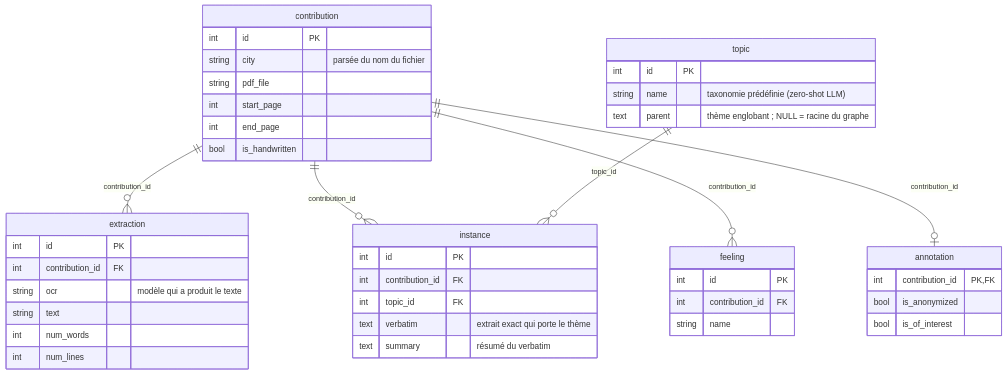
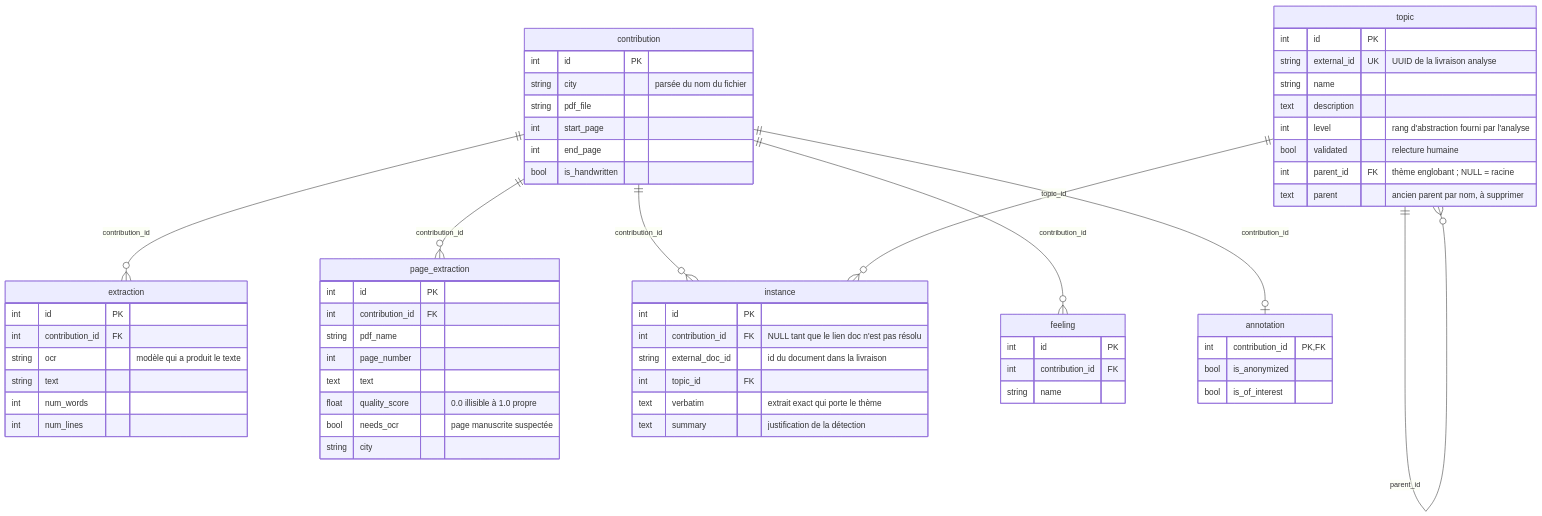
One commit to dataforgoodfr/cahier_doleances changed the diagram in database/README.md. Above: the diagram before and after it, drawn with Mermaid. The commit also changed other lines of this file and 14 other files, not shown here.

````diff
--- a/database/README.md
+++ b/database/README.md
@@ -5,47 +5,65 @@
 ```mermaid
 erDiagram
     contribution ||--o{ extraction : "contribution_id"
+    contribution ||--o{ page_extraction : "contribution_id"
     contribution ||--o{ instance : "contribution_id"
     topic ||--o{ instance : "topic_id"
+    topic ||--o{ topic : "parent_id"
     contribution ||--o{ feeling : "contribution_id"
     contribution ||--o| annotation : "contribution_id"
 
     contribution {
         int id PK
         string city "parsée du nom du fichier"
         string pdf_file
         int start_page
         int end_page
         bool is_handwritten
     }
     extraction {
         int id PK
         int contribution_id FK
         string ocr "modèle qui a produit le texte"
         string text
         int num_words
         int num_lines
     }
+    page_extraction {
+        int id PK
+        int contribution_id FK
+        string pdf_name
+        int page_number
+        text text
+        float quality_score "0.0 illisible à 1.0 propre"
+        bool needs_ocr "page manuscrite suspectée"
+        string city
+    }
     topic {
         int id PK
-        string name "taxonomie prédéfinie (zero-shot LLM)"
-        text parent "thème englobant ; NULL = racine du graphe"
+        string external_id UK "UUID de la livraison analyse"
+        string name
+        text description
+        int level "rang d'abstraction fourni par l'analyse"
+        bool validated "relecture humaine"
+        int parent_id FK "thème englobant ; NULL = racine"
+        text parent "ancien parent par nom, à supprimer"
     }
     instance {
         int id PK
-        int contribution_id FK
+        int contribution_id FK "NULL tant que le lien doc n'est pas résolu"
+        string external_doc_id "id du document dans la livraison"
         int topic_id FK
         text verbatim "extrait exact qui porte le thème"
-        text summary "résumé du verbatim"
+        text summary "justification de la détection"
     }
     feeling {
         int id PK
         int contribution_id FK
         string name
     }
     annotation {
         int contribution_id PK, FK
         bool is_anonymized
         bool is_of_interest
     }
 ```
````
